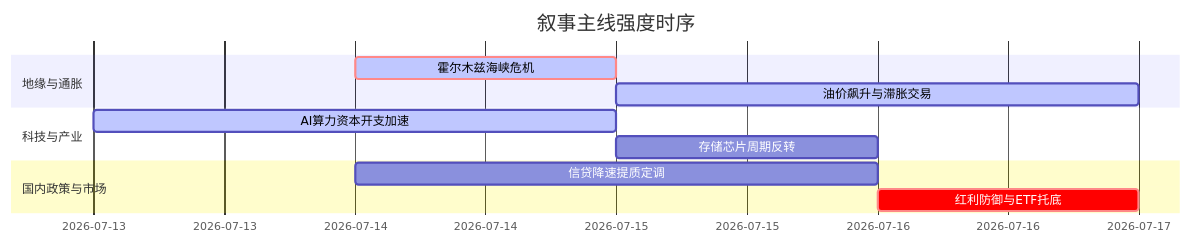
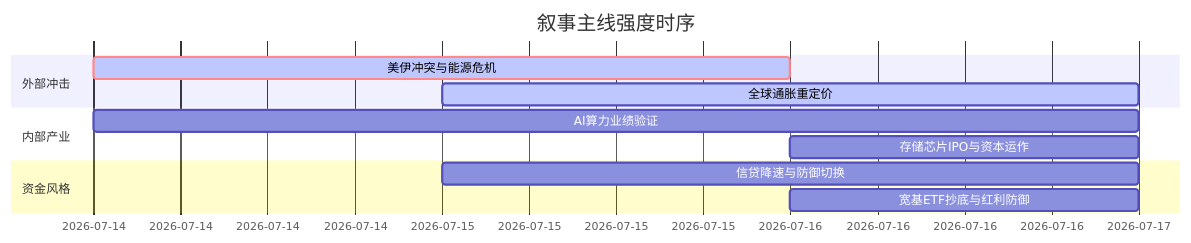
One commit to uu5zn/uu5zn.github.io changed the diagram in 5day_report.md. Above: the diagram before and after it, drawn with Mermaid. The commit also changed other lines of this file and 24 other files, not shown here.

````diff
--- a/5day_report.md
+++ b/5day_report.md
@@ -55,16 +55,16 @@
 ```mermaid
 gantt
     title 叙事主线强度时序
     dateFormat  YYYY-MM-DD
-    section 地缘与通胀
-    霍尔木兹海峡危机   :crit, active, 2026-07-14, 1d
-    油价飙升与滞胀交易   :active, 2026-07-15, 2d
+    section 外部冲击
+    美伊冲突与能源危机   :crit, active, 2026-07-14, 2d
+    全球通胀重定价       :active, 2026-07-15, 2d
     
-    section 科技与产业
-    AI算力资本开支加速   :active, 2026-07-13, 2d
-    存储芯片周期反转   :2026-07-15, 1d
+    section 内部产业
+    AI算力业绩验证       :2026-07-14, 3d
+    存储芯片IPO与资本运作 :2026-07-16, 1d
     
-    section 国内政策与市场
-    信贷降速提质定调   :2026-07-14, 2d
-    红利防御与ETF托底   :crit, 2026-07-16, 1d
+    section 资金风格
+    信贷降速与防御切换   :2026-07-15, 2d
+    宽基ETF抄底与红利防御 :2026-07-16, 1d
 ```
````
